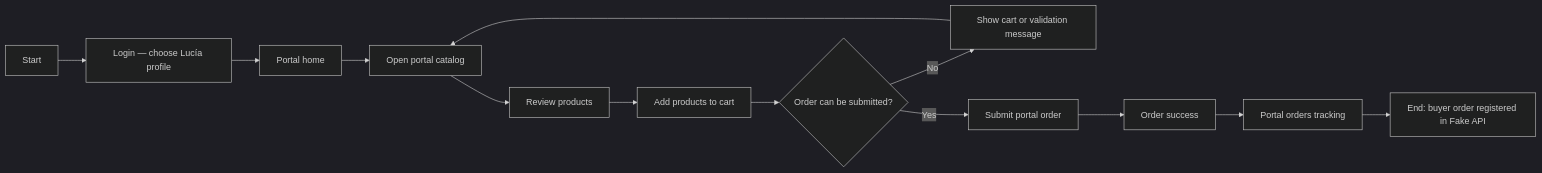
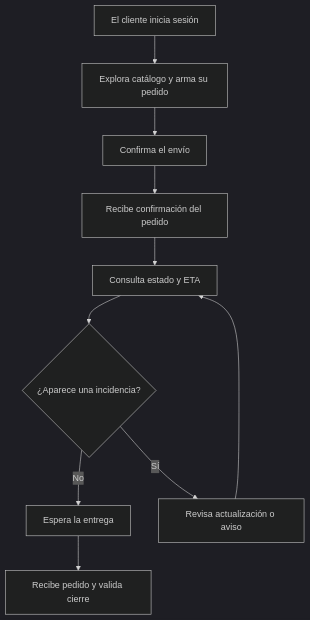
Before and after one commit to upc-pre-202610-1asi0730-12242-king/nexa-ecosystem-report: the sixth of 6 diagrams in report/40-chapter-4-product-design/4-4-web-applications-ux-ui-design.md, drawn with Mermaid (dark theme). The commit also changed other lines of this file and 28 other files, not shown here.

````diff
--- a/report/40-chapter-4-product-design/4-4-web-applications-ux-ui-design.md
+++ b/report/40-chapter-4-product-design/4-4-web-applications-ux-ui-design.md
@@ -250,15 +360,12 @@
 ```mermaid
-flowchart LR
-    A["Start"] --> B["Login — choose Lucía profile"]
-    B --> C["Portal home"]
-    C --> D["Open portal catalog"]
-    D --> E["Review products"]
-    E --> F["Add products to cart"]
-    F --> G{"Order can be submitted?"}
-    G -- "No" --> H["Show cart or validation message"]
-    H --> D
-    G -- "Yes" --> I["Submit portal order"]
-    I --> J["Order success"]
-    J --> K["Portal orders tracking"]
-    K --> L["End: buyer order registered in Fake API"]
+flowchart TD
+    A["El cliente inicia sesión"] --> B["Explora catálogo y arma su pedido"]
+    B --> C["Confirma el envío"]
+    C --> D["Recibe confirmación del pedido"]
+    D --> E["Consulta estado y ETA"]
+    E --> F{"¿Aparece una incidencia?"}
+    F -->|No| G["Espera la entrega"]
+    F -->|Sí| H["Revisa actualización o aviso"]
+    H --> E
+    G --> I["Recibe pedido y valida cierre"]
 ```
````
